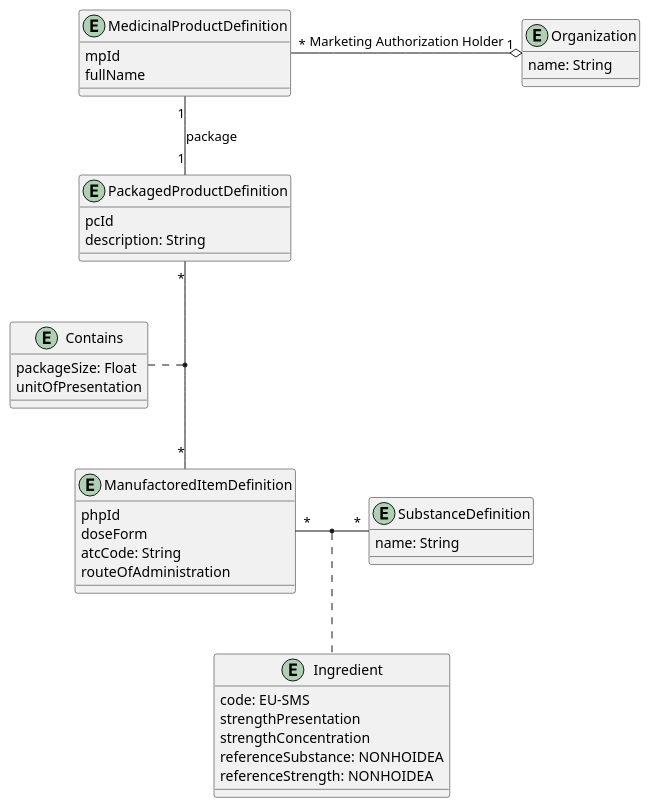
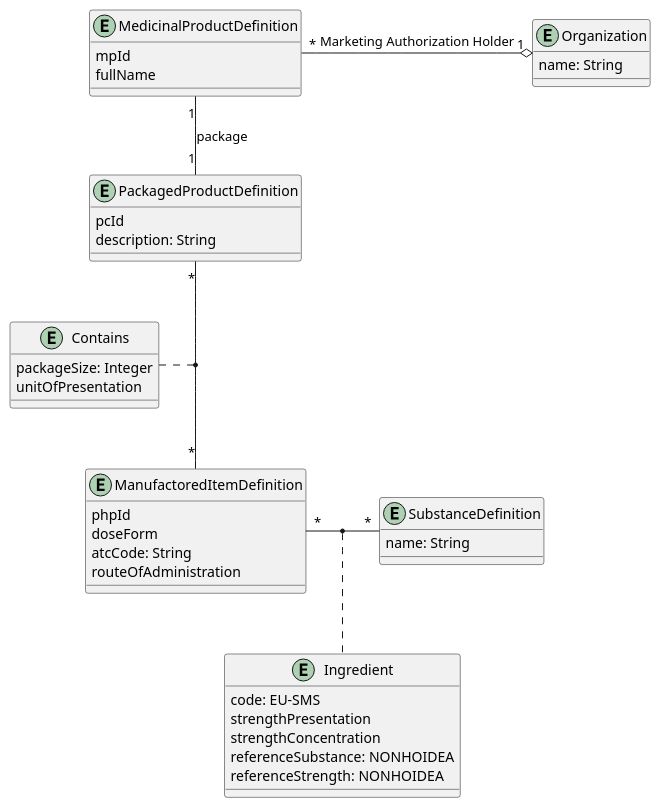
One commit to unicom-project-eu/wp6-db-api changed the diagram in uml/class/fhirDataModel-full.puml. Above: the diagram before and after it, drawn with PlantUML. The commit also changed 13 other files, not shown here.

```diff
--- a/uml/class/fhirDataModel-full.puml
+++ b/uml/class/fhirDataModel-full.puml
@@ -1,50 +1,50 @@
 @startuml
 
 entity MedicinalProductDefinition {
     mpId
     fullName
 }
 
 entity Organization {
     name: String
 }
 
 entity PackagedProductDefinition {
     pcId
     description: String
 }
 
 entity Contains {
-    packageSize: Float
+    packageSize: Integer
     unitOfPresentation
 }
 
 entity ManufactoredItemDefinition {
     phpId
     doseForm
     atcCode: String
     routeOfAdministration
 }
 
 entity Ingredient {
     code: EU-SMS
     strengthPresentation
     strengthConcentration
     referenceSubstance: NONHOIDEA
     referenceStrength: NONHOIDEA
 }
 
 entity SubstanceDefinition {
     name: String
 }
 
 MedicinalProductDefinition "1" -- "1" PackagedProductDefinition : package
 MedicinalProductDefinition "*" -o "1" Organization : "Marketing Authorization Holder"
 
 PackagedProductDefinition "*" -- "*" ManufactoredItemDefinition
 Contains . (PackagedProductDefinition, ManufactoredItemDefinition)
 
 ManufactoredItemDefinition "*" - "*" SubstanceDefinition
 (ManufactoredItemDefinition, SubstanceDefinition) .. Ingredient
 
 @enduml
```
